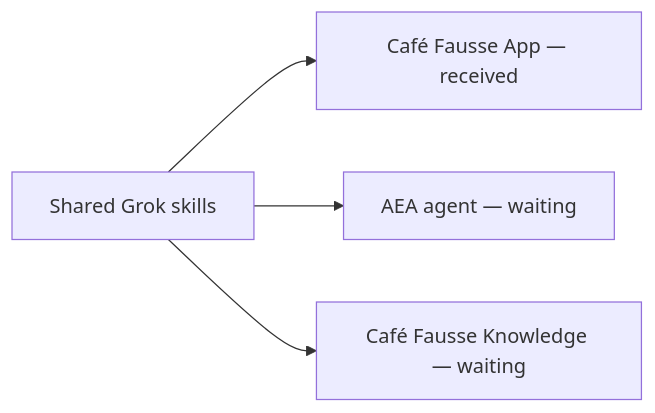
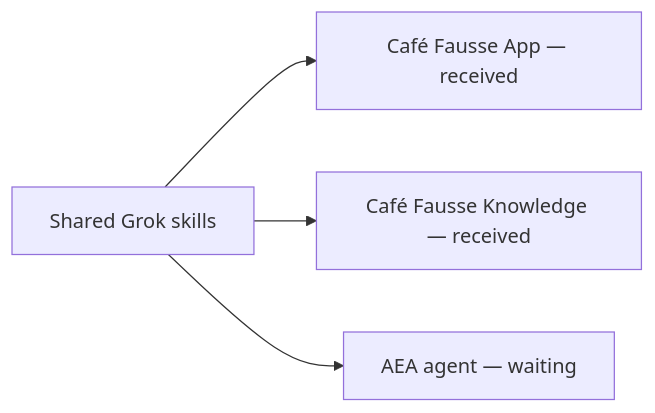
Before and after one commit to artofdream/zorg-dungeon: the second of 2 diagrams in docs/SKILL_MATRIX.md, drawn with Mermaid. The commit also changed other lines of this file and 3 other files, not shown here.

First line of the commit message:
docs: add Café Knowledge cross-project fit to skill matrix

````diff
--- a/docs/SKILL_MATRIX.md
+++ b/docs/SKILL_MATRIX.md
@@ -83,10 +83,10 @@
 ```mermaid
 flowchart LR
   shared["Shared Grok skills"]
   cafeApp["Café Fausse App — received"]
+  cafeKnow["Café Fausse Knowledge — received"]
   aeaWait["AEA agent — waiting"]
-  cafeKnow["Café Fausse Knowledge — waiting"]
   shared --> cafeApp
+  shared --> cafeKnow
   shared --> aeaWait
-  shared --> cafeKnow
 ```
````
